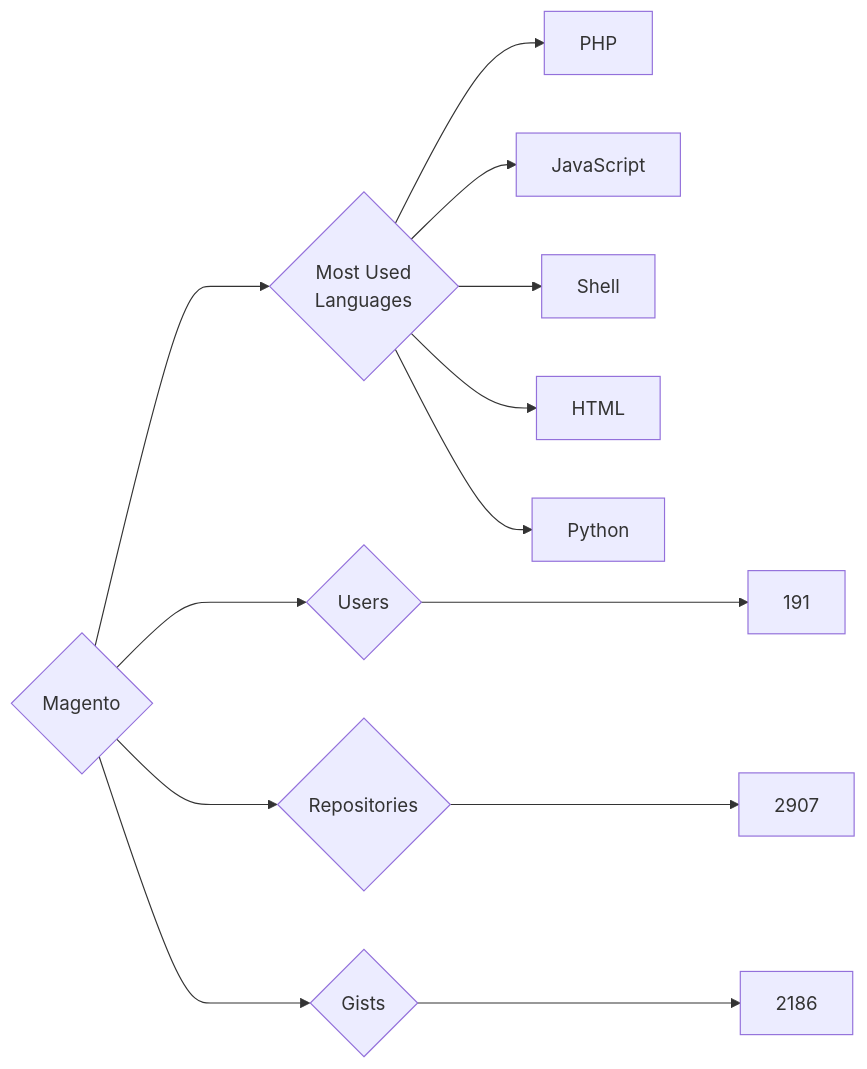
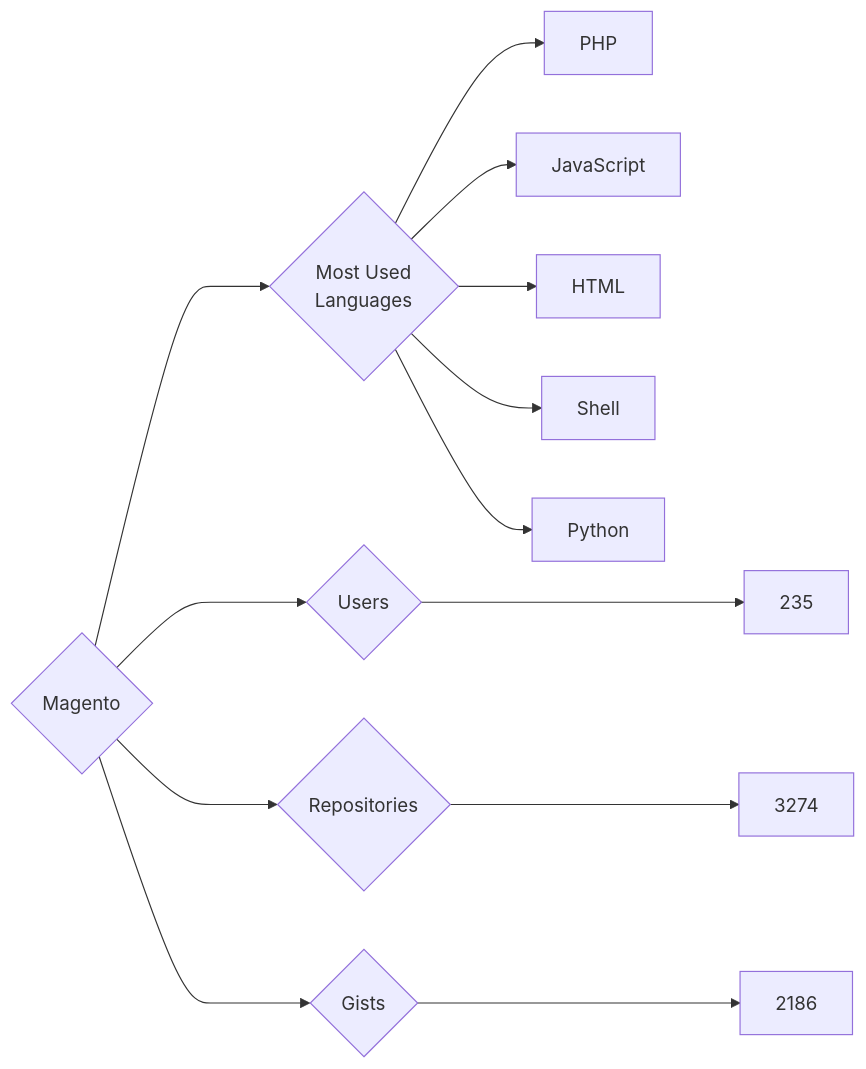
The diagram in targets/Magento/README.md (trickest/insiders), drawn with Mermaid before and after one commit. The commit also changed 723 other files, not shown here.

````diff
--- a/targets/Magento/README.md
+++ b/targets/Magento/README.md
@@ -3,13 +3,13 @@
 ```mermaid
 graph LR
 COMPANY_NAME{Magento}
-COMPANY_NAME ---> U{Users} ---> UN[191]
-COMPANY_NAME ---> R{Repositories} ---> RN[2907]
+COMPANY_NAME ---> U{Users} ---> UN[235]
+COMPANY_NAME ---> R{Repositories} ---> RN[3274]
 COMPANY_NAME ---> G{Gists} ---> GN[2186]
 COMPANY_NAME ---> ML{Most Used<br>Languages}
 ML --> PHP[PHP]
 ML --> JavaScript[JavaScript]
+ML --> HTML[HTML]
 ML --> Shell[Shell]
-ML --> HTML[HTML]
 ML --> Python[Python]
 ```
````
